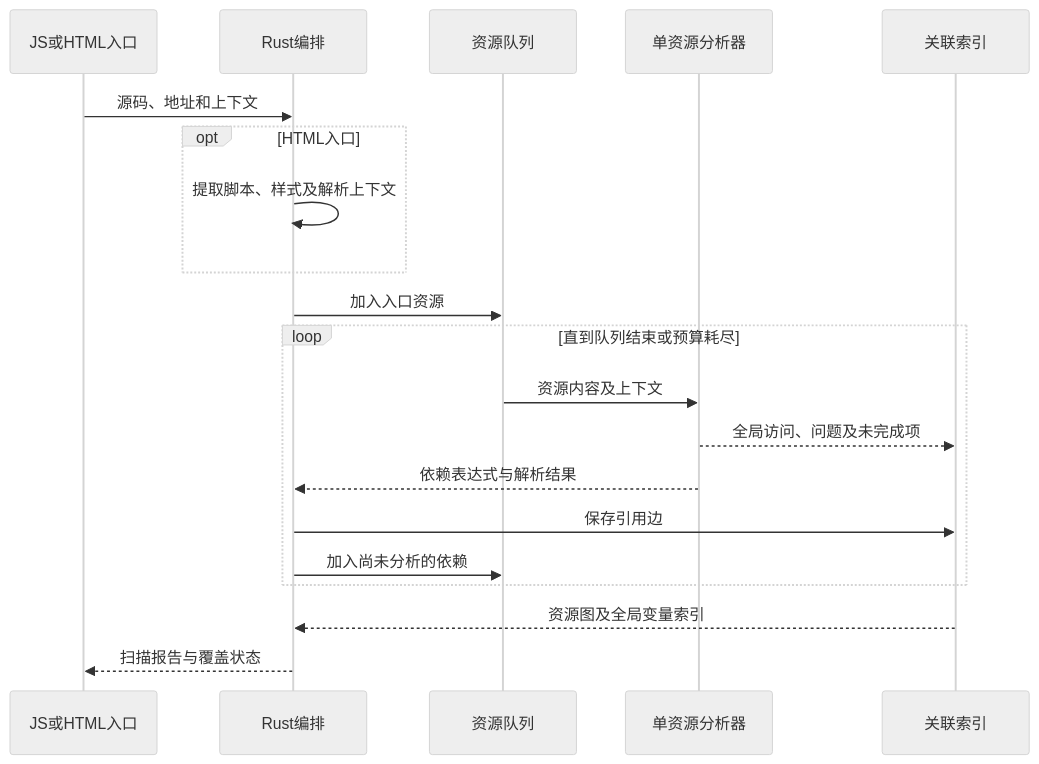
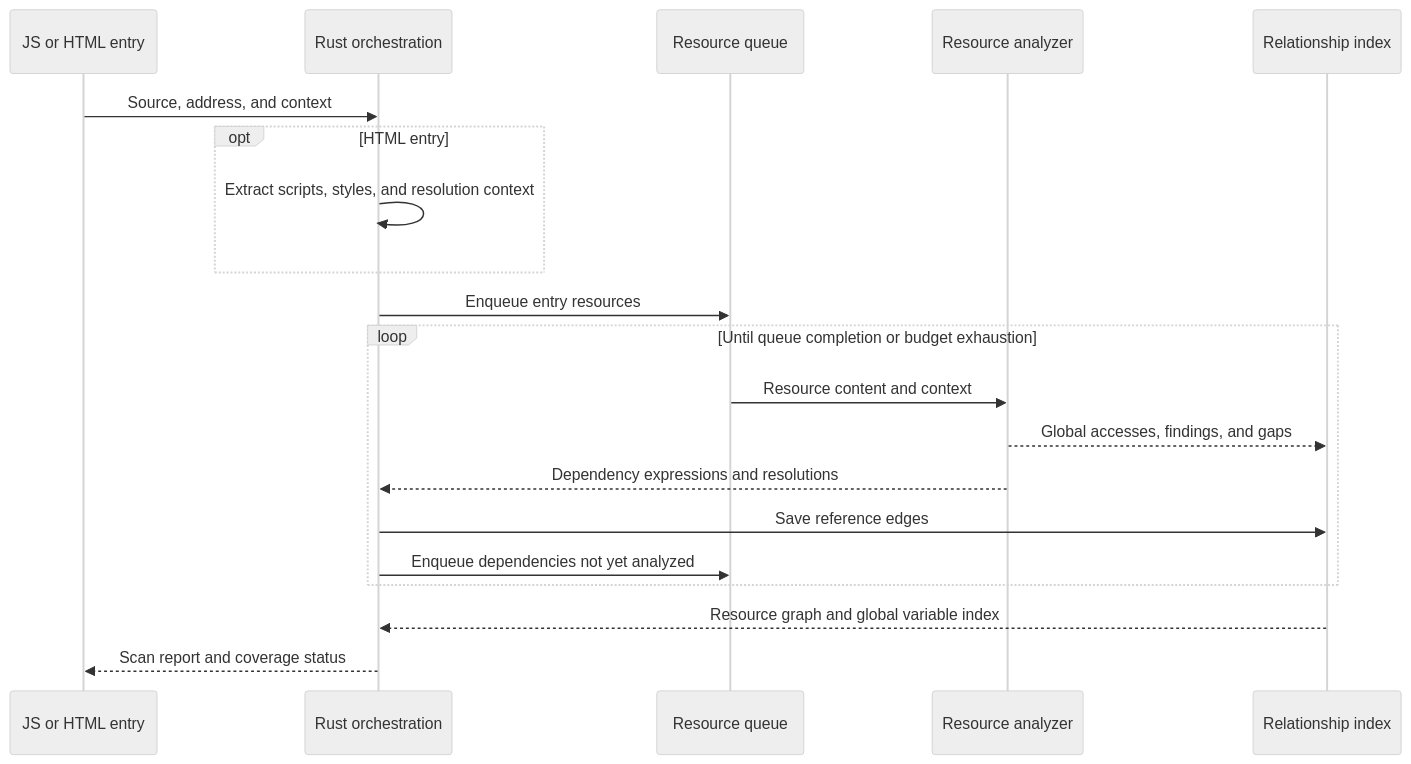
The first of 2 diagrams in docs/technical-design.md (Justinidlerz/bloodhound), drawn with Mermaid (neutral theme) before and after one commit. The commit also changed other lines of this file and 26 other files, not shown here.

````diff
--- a/docs/technical-design.md
+++ b/docs/technical-design.md
@@ -49,22 +55,22 @@
 ```mermaid
 sequenceDiagram
-    participant E as JS或HTML入口
-    participant O as Rust编排
-    participant Q as 资源队列
-    participant A as 单资源分析器
-    participant I as 关联索引
-    E->>O: 源码、地址和上下文
-    opt HTML入口
-        O->>O: 提取脚本、样式及解析上下文
+    participant E as JS or HTML entry
+    participant O as Rust orchestration
+    participant Q as Resource queue
+    participant A as Resource analyzer
+    participant I as Relationship index
+    E->>O: Source, address, and context
+    opt HTML entry
+        O->>O: Extract scripts, styles, and resolution context
     end
-    O->>Q: 加入入口资源
-    loop 直到队列结束或预算耗尽
-        Q->>A: 资源内容及上下文
-        A-->>I: 全局访问、问题及未完成项
-        A-->>O: 依赖表达式与解析结果
-        O->>I: 保存引用边
-        O->>Q: 加入尚未分析的依赖
+    O->>Q: Enqueue entry resources
+    loop Until queue completion or budget exhaustion
+        Q->>A: Resource content and context
+        A-->>I: Global accesses, findings, and gaps
+        A-->>O: Dependency expressions and resolutions
+        O->>I: Save reference edges
+        O->>Q: Enqueue dependencies not yet analyzed
     end
-    I-->>O: 资源图及全局变量索引
-    O-->>E: 扫描报告与覆盖状态
+    I-->>O: Resource graph and global variable index
+    O-->>E: Scan report and coverage status
 ```
````
